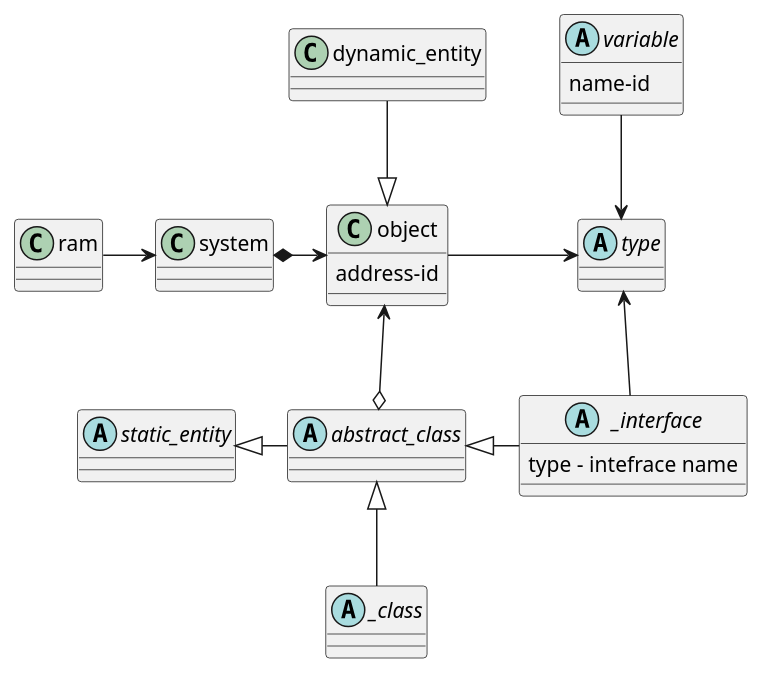
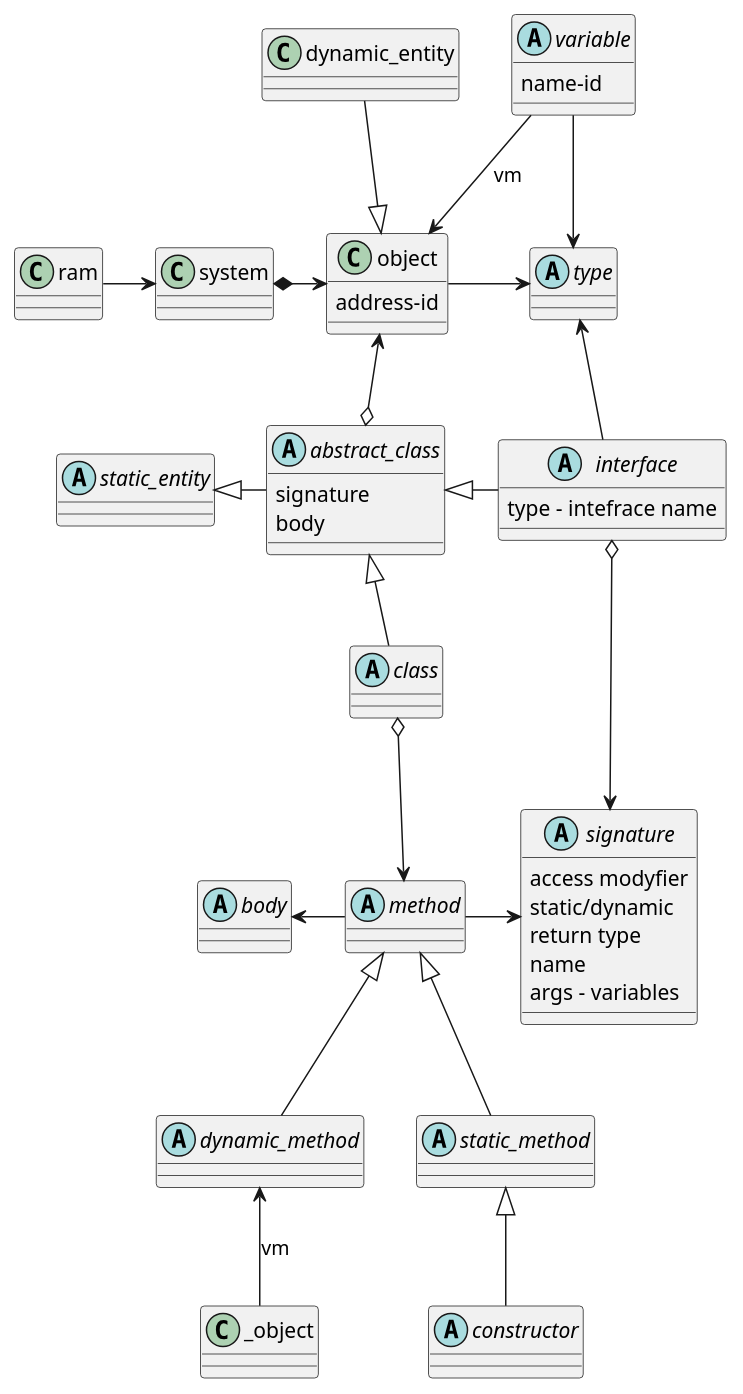
One commit to Pavelpich/sandbox changed the diagram in teory/programming_entities.wsd. Above: the diagram before and after it, drawn with PlantUML. The commit also changed 1 other file, not shown here.

Commit message:
добавил uml схему всех сущностей, которые используются в программировании

```diff
--- a/teory/programming_entities.wsd
+++ b/teory/programming_entities.wsd
@@ -1,26 +1,52 @@
-abstract abstract_class{}
-abstract _class{}
-abstract _interface{
+abstract abstract_class{
+    signature
+    body
+}
+abstract class{}
+
+abstract interface{
     type - intefrace name
 }
 abstract static_entity
 abstract variable{
     name-id
 }
 abstract type
 
 class object{
     address-id
 }
 
+abstract method{}
+abstract signature{
+    access modyfier
+    static/dynamic
+    return type
+    name
+    args - variables
+}
+abstract body{}
+abstract static_method{}
+abstract dynamic_method{}
+abstract constructor{}
+
 static_entity <|-right- abstract_class
-abstract_class <|-down- _class
-abstract_class <|-right- _interface
-abstract_class o-up-> object
+    abstract_class <|-down- class
+        class o-down-> method
+            method -right-> signature
+            method -left-> body
+                method <|-down- static_method
+                    static_method <|-down- constructor
+                method <|-down- dynamic_method
+                    _object -up-> dynamic_method: vm
+    abstract_class <|-right- interface
+            interface o-down-> signature
+    abstract_class o-up-> object
 
 ram -right-> system
 system *-right-> object
 object <|-up- dynamic_entity
 object -right-> type
+variable -down-> object: vm
 variable -down-> type
-_interface -up-> type
+interface -up-> type
```
